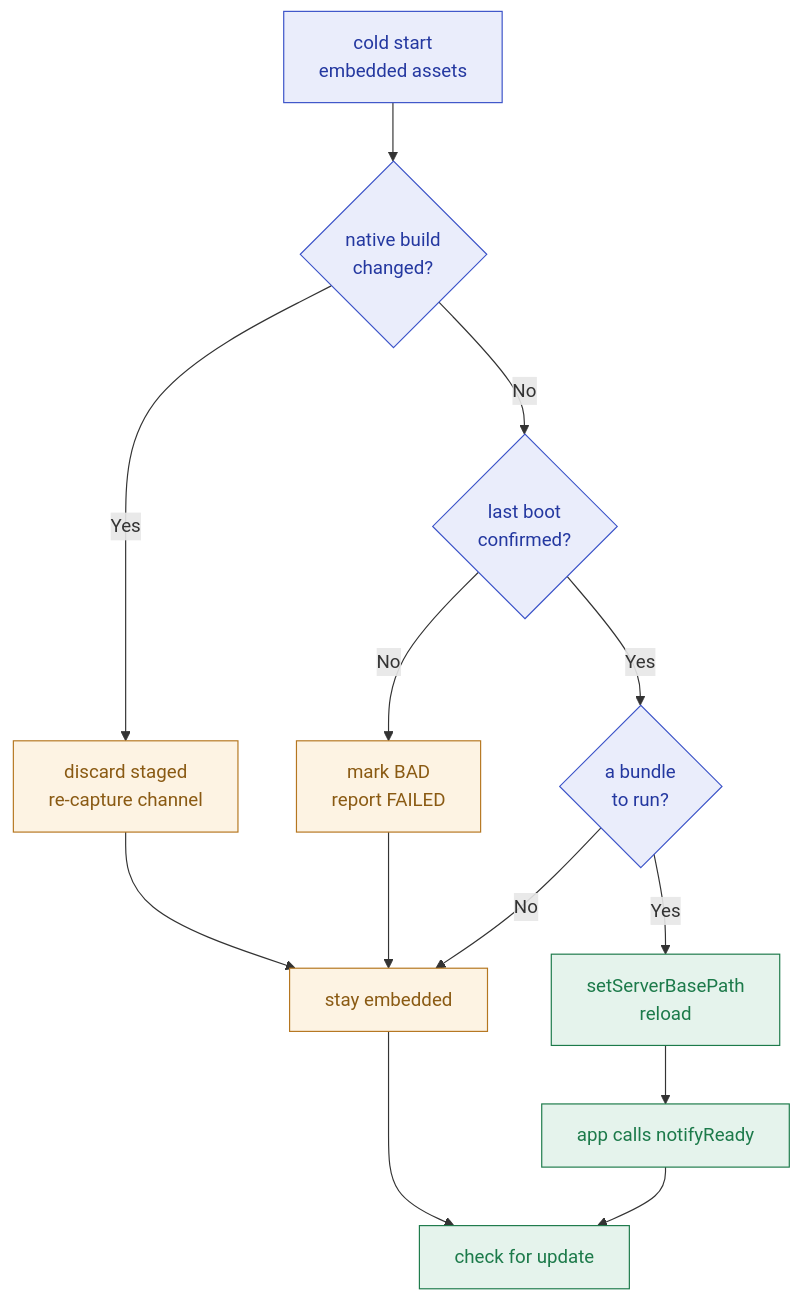
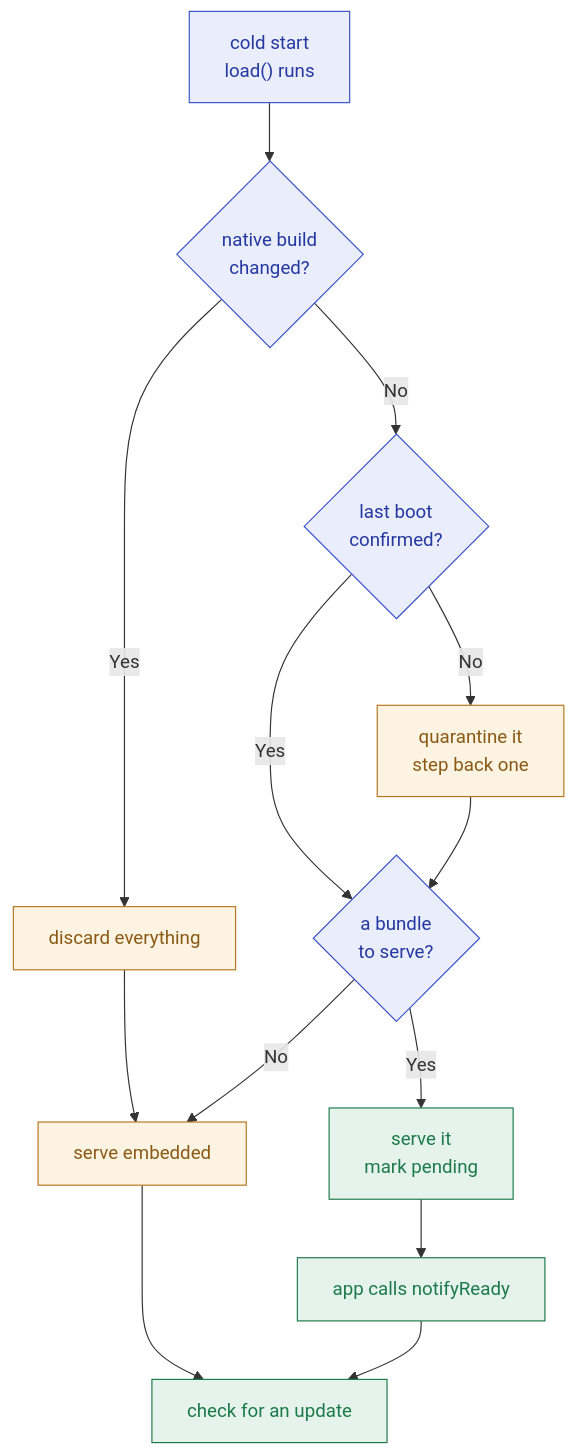
The diagram in docs/DESIGN.md (prathap-reddy-rozana/overair-capacitor), drawn with Mermaid before and after one commit. The commit also changed other lines of this file and 1 other file, not shown here.

````diff
--- a/docs/DESIGN.md
+++ b/docs/DESIGN.md
@@ -83,22 +93,22 @@
 ```mermaid
 flowchart TD
-  A["cold start<br/>embedded assets"] --> B{"native build<br/>changed?"}
-  B -->|"Yes"| C["discard staged<br/>re-capture channel"]
+  A["cold start<br/>load() runs"] --> B{"native build<br/>changed?"}
+  B -->|"Yes"| C["discard everything"]
   B -->|"No"| D{"last boot<br/>confirmed?"}
-  D -->|"No"| E["mark BAD<br/>report FAILED"]
-  D -->|"Yes"| F{"a bundle<br/>to run?"}
-  C --> G["stay embedded"]
-  E --> G
+  D -->|"No"| E["quarantine it<br/>step back one"]
+  D -->|"Yes"| F{"a bundle<br/>to serve?"}
+  C --> G["serve embedded"]
+  E --> F
   F -->|"No"| G
-  F -->|"Yes"| H["setServerBasePath<br/>reload"]
-  G --> I["check for update"]
+  F -->|"Yes"| H["serve it<br/>mark pending"]
+  G --> I["check for an update"]
   H --> J["app calls notifyReady"]
   J --> I
 
   classDef roz  fill:#eaedfb,stroke:#3a52c8,color:#2438a0;
   classDef ok   fill:#e5f3ec,stroke:#1c7a4a,color:#1c7a4a;
   classDef warn fill:#fdf3e3,stroke:#b5761f,color:#8a5a13;
   class A,B,D,F roz;
   class H,I,J ok;
   class C,E,G warn;
 ```
````
